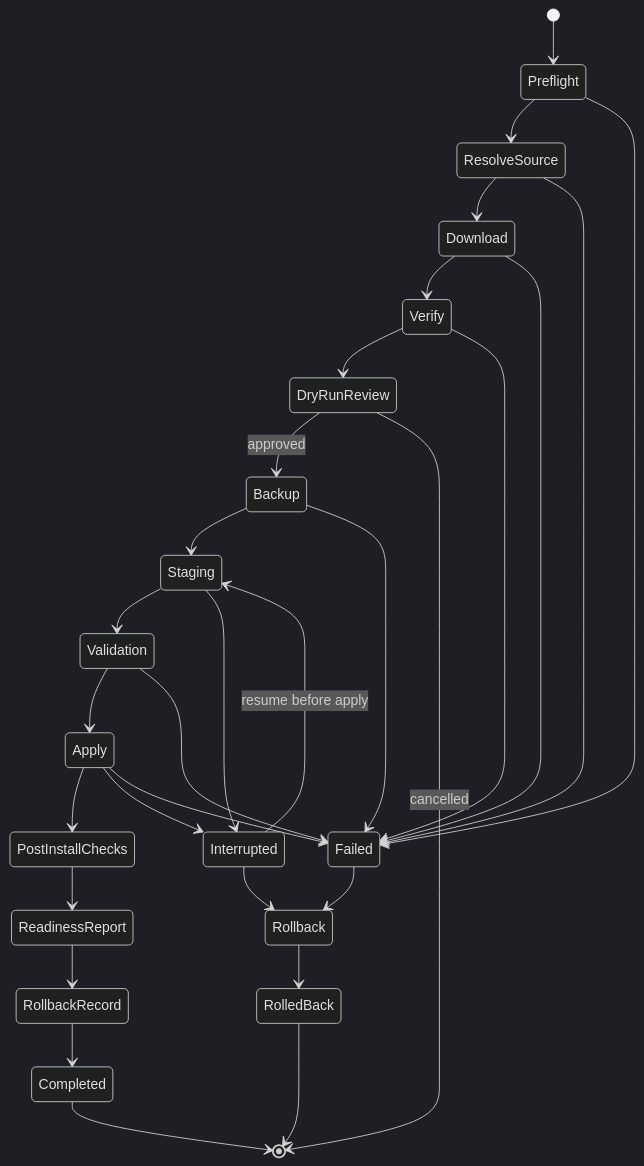
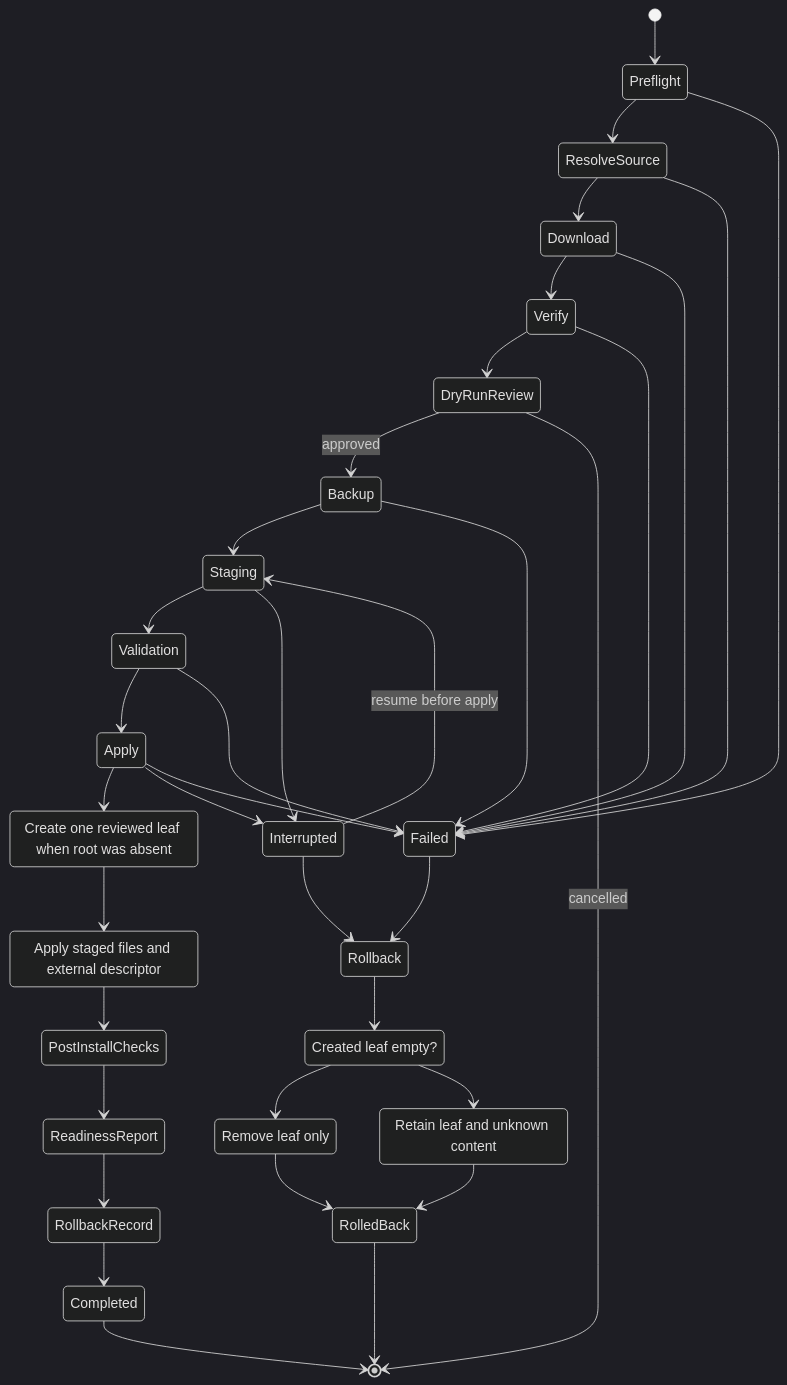
Before and after one commit to klimPaskov/HOI4-Mod-Setup: the diagram in docs/diagrams/transaction_state_machine.mmd, drawn with Mermaid (dark theme). The commit also changed 294 other files, not shown here.

Commit message:
feat: complete setup wizard and release flow

```diff
--- a/docs/diagrams/transaction_state_machine.mmd
+++ b/docs/diagrams/transaction_state_machine.mmd
@@ -1,30 +1,41 @@
 stateDiagram-v2
   [*] --> Preflight
   Preflight --> ResolveSource
   ResolveSource --> Download
   Download --> Verify
   Verify --> DryRunReview
   DryRunReview --> Backup: approved
   DryRunReview --> [*]: cancelled
   Backup --> Staging
   Staging --> Validation
   Validation --> Apply
-  Apply --> PostInstallChecks
+  Apply --> CreateLeaf
+  CreateLeaf: Create one reviewed leaf when root was absent
+  CreateLeaf --> ApplyFiles
+  ApplyFiles: Apply staged files and external descriptor
+  ApplyFiles --> PostInstallChecks
   PostInstallChecks --> ReadinessReport
   ReadinessReport --> RollbackRecord
   RollbackRecord --> Completed
   Preflight --> Failed
   ResolveSource --> Failed
   Download --> Failed
   Verify --> Failed
   Backup --> Failed
   Staging --> Interrupted
   Validation --> Failed
   Apply --> Interrupted
   Apply --> Failed
   Interrupted --> Staging: resume before apply
   Interrupted --> Rollback
   Failed --> Rollback
-  Rollback --> RolledBack
+  Rollback --> EmptyLeaf
+  EmptyLeaf: Created leaf empty?
+  EmptyLeaf --> RemoveLeaf
+  RemoveLeaf: Remove leaf only
+  EmptyLeaf --> RetainLeaf
+  RetainLeaf: Retain leaf and unknown content
+  RemoveLeaf --> RolledBack
+  RetainLeaf --> RolledBack
   Completed --> [*]
   RolledBack --> [*]
```
